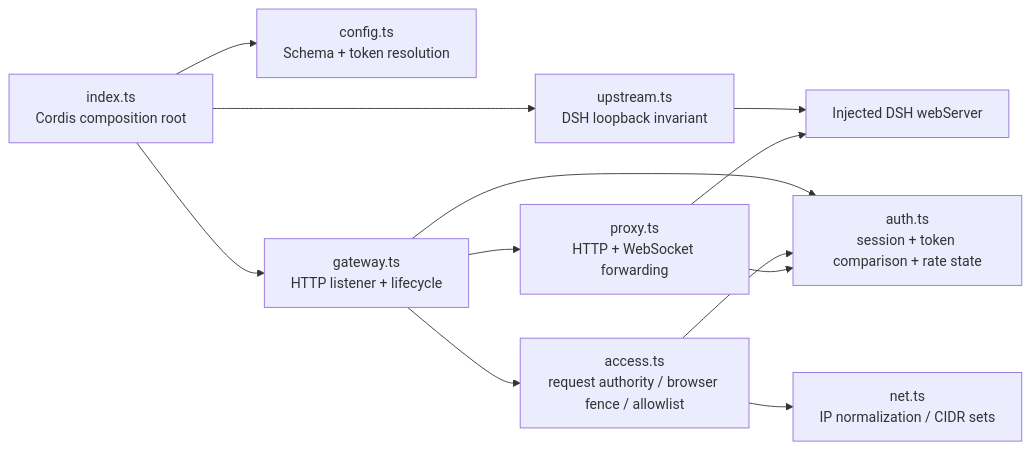
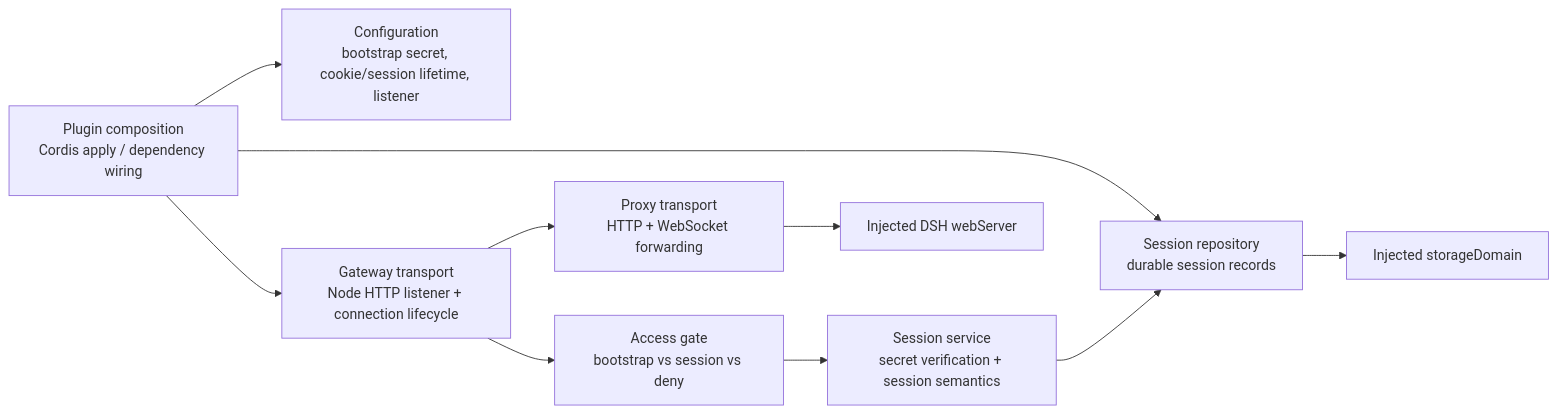
The third of 9 diagrams in spec/architecture.md (Ri0n72Y/dsh-token-gate), drawn with Mermaid before and after one commit. The commit also changed other lines of this file, not shown here.

Commit message:
docs: redesign architecture from product requirements

````diff
--- a/spec/architecture.md
+++ b/spec/architecture.md
@@ -54,24 +67,22 @@
 ```mermaid
 flowchart LR
-    IDX["index.ts\nCordis composition root"]
-    CFG["config.ts\nSchema + token resolution"]
-    UP["upstream.ts\nDSH loopback invariant"]
-    GW["gateway.ts\nHTTP listener + lifecycle"]
-    AC["access.ts\nrequest authority / browser fence / allowlist"]
-    AU["auth.ts\nsession + token comparison + rate state"]
-    NET["net.ts\nIP normalization / CIDR sets"]
-    PX["proxy.ts\nHTTP + WebSocket forwarding"]
+    IDX["Plugin composition\nCordis apply / dependency wiring"]
+    CFG["Configuration\nbootstrap secret, cookie/session lifetime, listener"]
+    GW["Gateway transport\nNode HTTP listener + connection lifecycle"]
+    ACCESS["Access gate\nbootstrap vs session vs deny"]
+    AUTH["Session service\nsecret verification + session semantics"]
+    REPO["Session repository\ndurable session records"]
+    PROXY["Proxy transport\nHTTP + WebSocket forwarding"]
     DSH["Injected DSH webServer"]
+    STORAGE["Injected storageDomain"]
 
     IDX --> CFG
-    IDX --> UP
     IDX --> GW
-    UP --> DSH
-    GW --> AC
-    GW --> AU
-    GW --> PX
-    AC --> AU
-    AC --> NET
-    PX --> AU
-    PX --> DSH
+    IDX --> REPO
+    GW --> ACCESS
+    ACCESS --> AUTH
+    AUTH --> REPO
+    GW --> PROXY
+    PROXY --> DSH
+    REPO --> STORAGE
 ```
````
